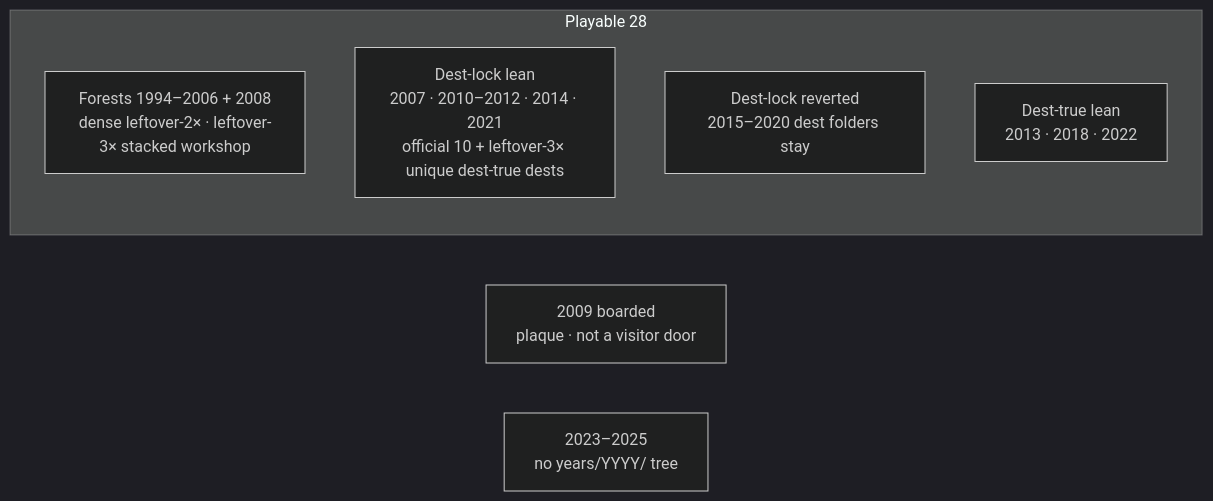
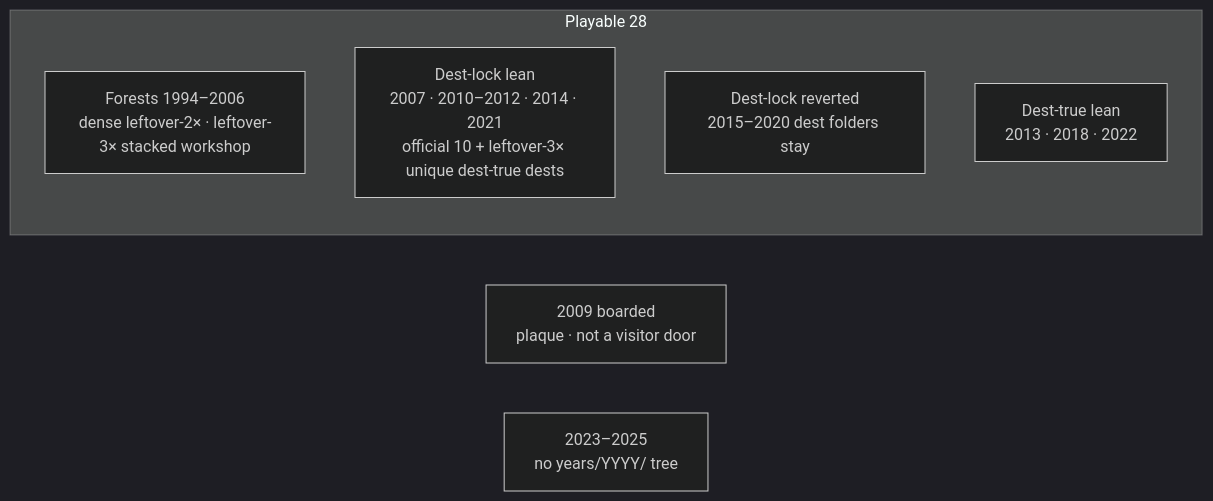
One commit to sourabhligade/internet-through-time changed the second of 5 diagrams in docs/FLOW-CHECK-DIAGRAM.md. Above: the diagram before and after it, drawn with Mermaid (dark theme). The commit also changed other lines of this file and 1321 other files, not shown here.

````diff
--- a/docs/FLOW-CHECK-DIAGRAM.md
+++ b/docs/FLOW-CHECK-DIAGRAM.md
@@ -52,11 +52,11 @@
 ```mermaid
 flowchart LR
   subgraph PLAY["Playable 28"]
-    FOR["Forests 1994–2006 + 2008<br/>dense leftover-2× · leftover-3× stacked workshop"]
+    FOR["Forests 1994–2006<br/>dense leftover-2× · leftover-3× stacked workshop"]
     LOCK["Dest-lock lean<br/>2007 · 2010–2012 · 2014 · 2021<br/>official 10 + leftover-3× unique dest-true dests"]
     REV["Dest-lock reverted<br/>2015–2020 dest folders stay"]
     LEAN["Dest-true lean<br/>2013 · 2018 · 2022"]
   end
   BOARD["2009 boarded<br/>plaque · not a visitor door"]
   WIPE["2023–2025<br/>no years/YYYY/ tree"]
 ```
````
